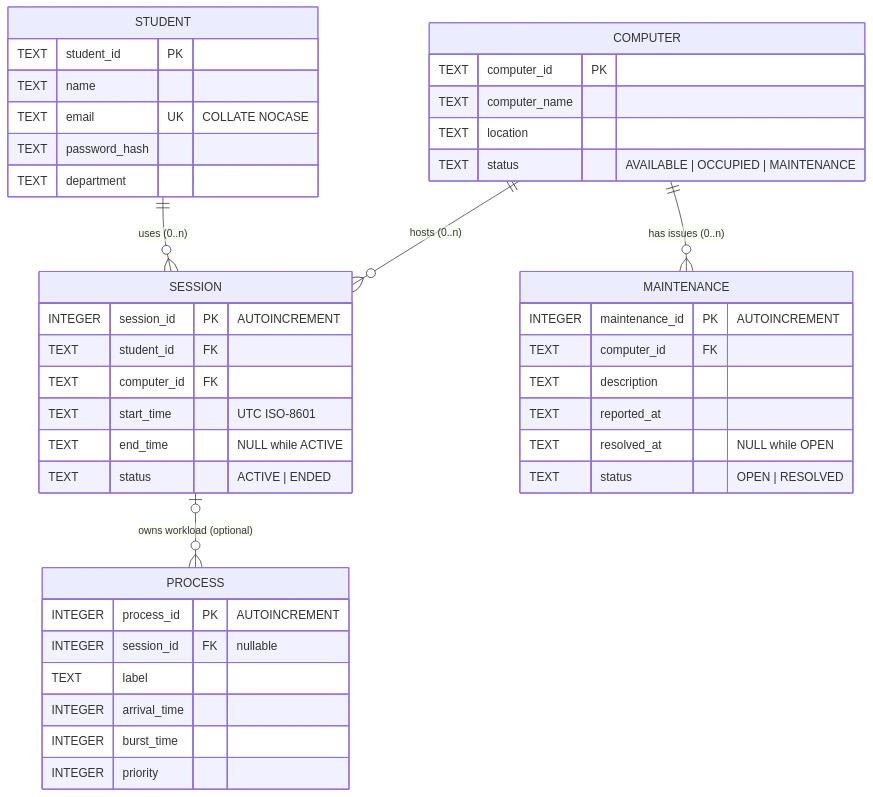
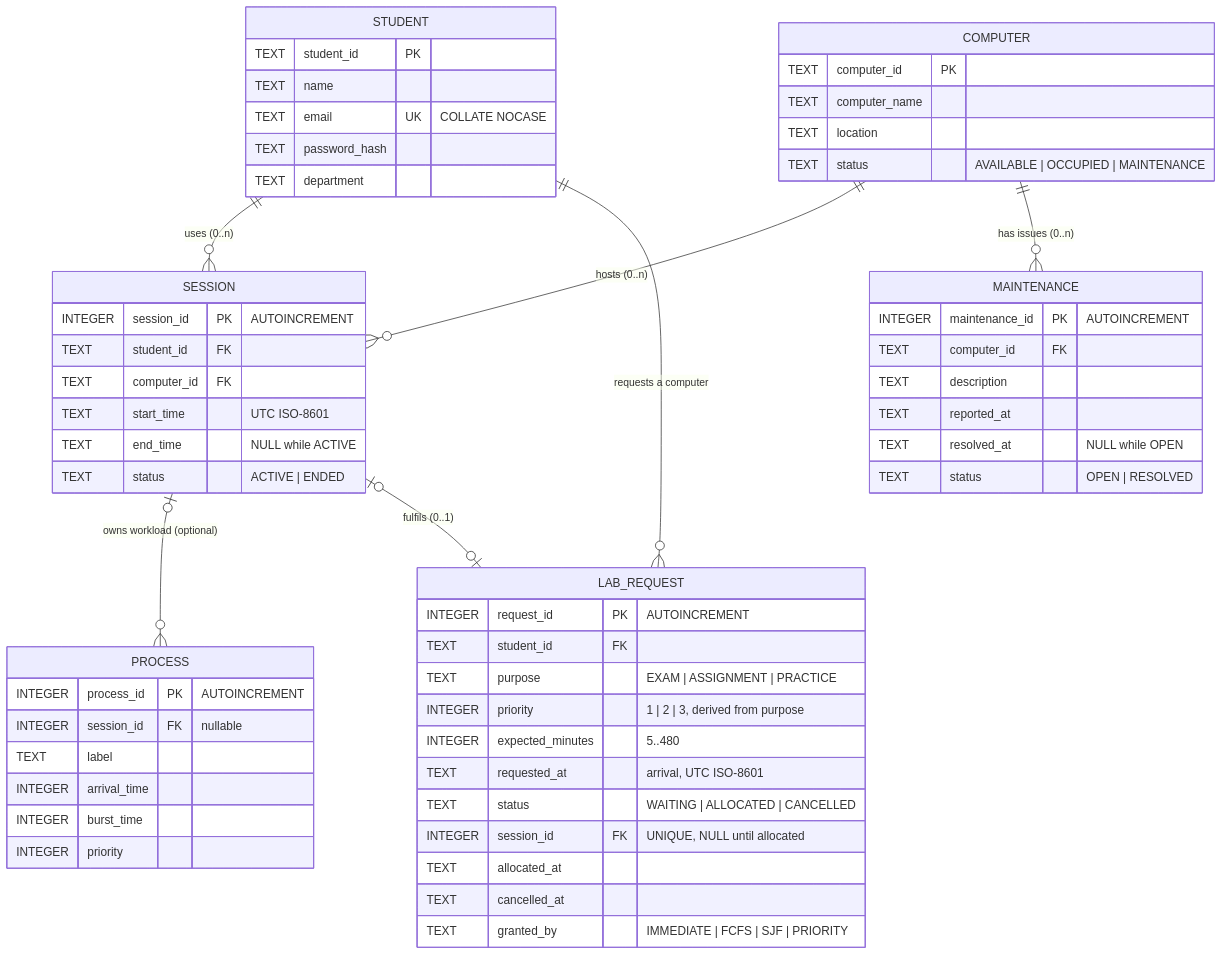
Before and after one commit to HarshitBora2006/LabDesk: the diagram in docs/SCHEMA.md, drawn with Mermaid. The commit also changed other lines of this file and 32 other files, not shown here.

````diff
--- a/docs/SCHEMA.md
+++ b/docs/SCHEMA.md
@@ -18,45 +26,60 @@
 ```mermaid
 erDiagram
     STUDENT  ||--o{ SESSION     : "uses (0..n)"
     COMPUTER ||--o{ SESSION     : "hosts (0..n)"
     COMPUTER ||--o{ MAINTENANCE : "has issues (0..n)"
     SESSION  |o--o{ PROCESS     : "owns workload (optional)"
+    STUDENT  ||--o{ LAB_REQUEST : "requests a computer"
+    SESSION  |o--o| LAB_REQUEST : "fulfils (0..1)"
 
     STUDENT {
         TEXT student_id PK
         TEXT name
         TEXT email UK "COLLATE NOCASE"
         TEXT password_hash
         TEXT department
     }
     COMPUTER {
         TEXT computer_id PK
         TEXT computer_name
         TEXT location
         TEXT status "AVAILABLE | OCCUPIED | MAINTENANCE"
     }
     SESSION {
         INTEGER session_id PK "AUTOINCREMENT"
         TEXT student_id FK
         TEXT computer_id FK
         TEXT start_time "UTC ISO-8601"
         TEXT end_time "NULL while ACTIVE"
         TEXT status "ACTIVE | ENDED"
     }
     MAINTENANCE {
         INTEGER maintenance_id PK "AUTOINCREMENT"
         TEXT computer_id FK
         TEXT description
         TEXT reported_at
         TEXT resolved_at "NULL while OPEN"
         TEXT status "OPEN | RESOLVED"
     }
+    LAB_REQUEST {
+        INTEGER request_id PK "AUTOINCREMENT"
+        TEXT student_id FK
+        TEXT purpose "EXAM | ASSIGNMENT | PRACTICE"
+        INTEGER priority "1 | 2 | 3, derived from purpose"
+        INTEGER expected_minutes "5..480"
+        TEXT requested_at "arrival, UTC ISO-8601"
+        TEXT status "WAITING | ALLOCATED | CANCELLED"
+        INTEGER session_id FK "UNIQUE, NULL until allocated"
+        TEXT allocated_at
+        TEXT cancelled_at
+        TEXT granted_by "IMMEDIATE | FCFS | SJF | PRIORITY"
+    }
     PROCESS {
         INTEGER process_id PK "AUTOINCREMENT"
         INTEGER session_id FK "nullable"
         TEXT label
         INTEGER arrival_time
         INTEGER burst_time
         INTEGER priority
     }
 ```
````
